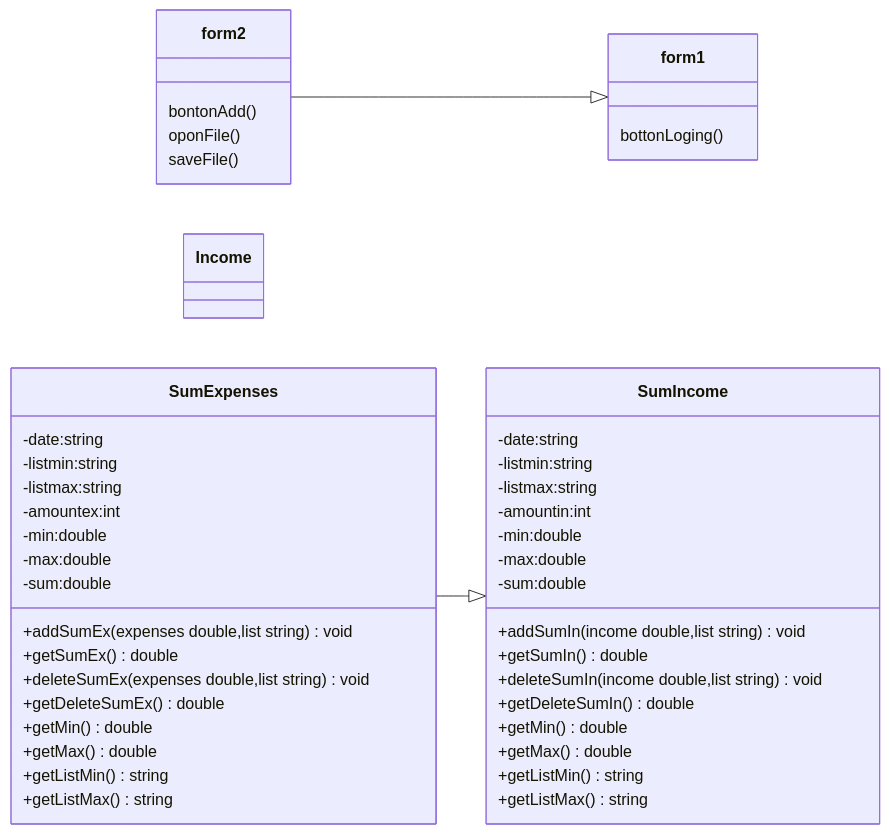
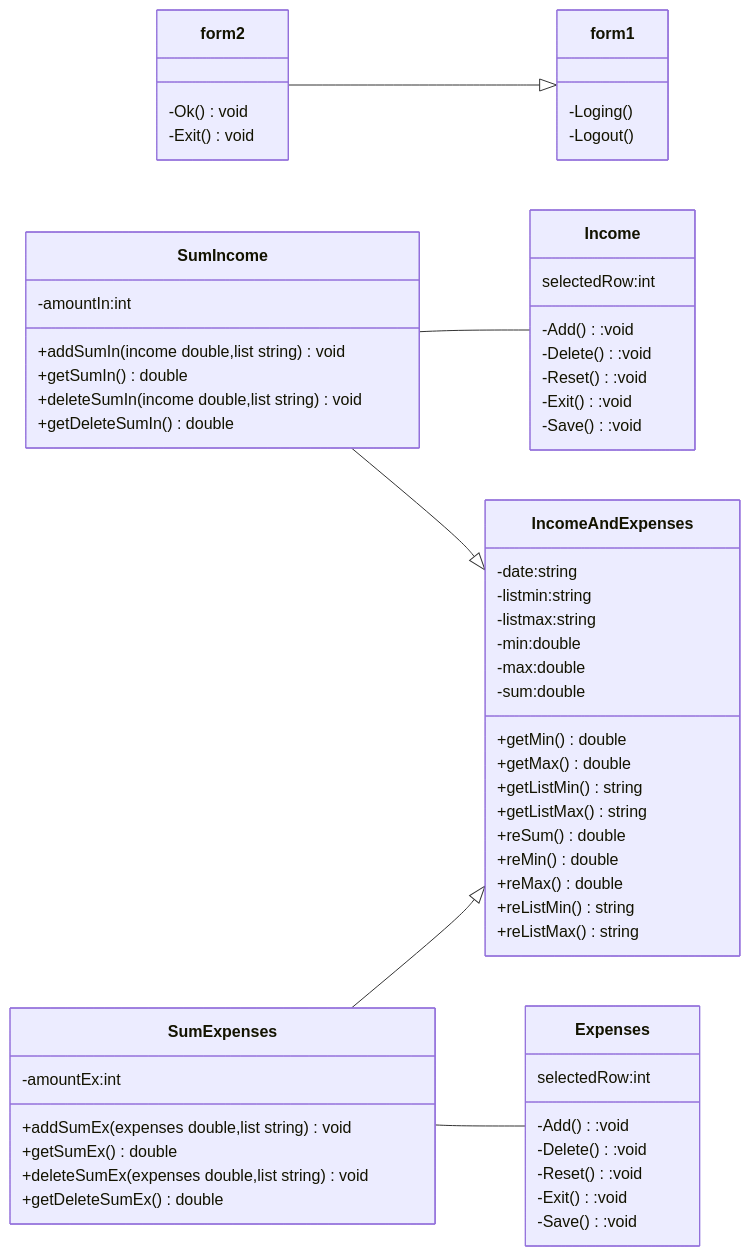
One commit to Naphapilan/Final-Project changed the diagram in README.md. Above: the diagram before and after it, drawn with Mermaid.

````diff
--- a/README.md
+++ b/README.md
@@ -12,50 +12,64 @@
 ```mermaid
 classDiagram
   direction LR
   class form1{
-  bottonLoging()
+  -Loging()
+  -Logout()
   }
   class form2{
-  bontonAdd()
-  oponFile()
-  saveFile()
+  -Ok()void
+  -Exit()void
   }
   class Income{
+  selectedRow:int 
+  -Add():void
+  -Delete():void
+  -Reset():void
+  -Exit():void
+  -Save():void
   }
-  class SumIncome{
+  class Expenses{
+   selectedRow:int 
+  -Add():void
+  -Delete():void
+  -Reset():void
+  -Exit():void
+  -Save():void
+  }
+  class IncomeAndExpenses{
   -date:string
   -listmin:string
   -listmax:string
-  -amountin:int
   -min:double
   -max:double
   -sum:double
+  +getMin()double
+  +getMax()double
+  +getListMin()string
+  +getListMax()string
+  +reSum()double
+  +reMin()double
+  +reMax()double
+  +reListMin()string
+  +reListMax()string
+  }
+  class SumIncome{
+  -amountIn:int
   +addSumIn(income double,list string)void
   +getSumIn()double
   +deleteSumIn(income double,list string)void
   +getDeleteSumIn()double
-  +getMin()double
-  +getMax()double
-  +getListMin()string
-  +getListMax()string
   }
   class SumExpenses{
-  -date:string
-  -listmin:string
-  -listmax:string
-  -amountex:int
-  -min:double
-  -max:double
-  -sum:double
+  -amountEx:int
   +addSumEx(expenses double,list string)void
   +getSumEx()double
   +deleteSumEx(expenses double,list string)void
   +getDeleteSumEx()double
-  +getMin()double
-  +getMax()double
-  +getListMin()string
-  +getListMax()string
   }
   form2 --|> form1
-  SumExpenses --|> SumIncome 
+  SumExpenses --|> IncomeAndExpenses
+  SumIncome --|> IncomeAndExpenses 
+  SumExpenses -- Expenses
+  SumIncome -- Income
 ```
````
